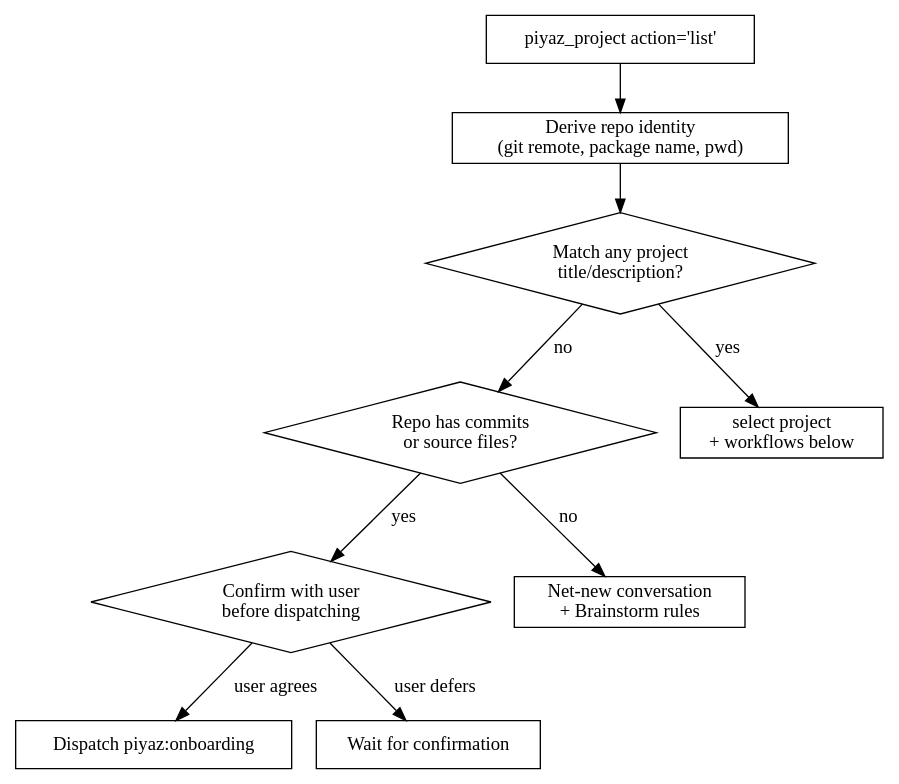
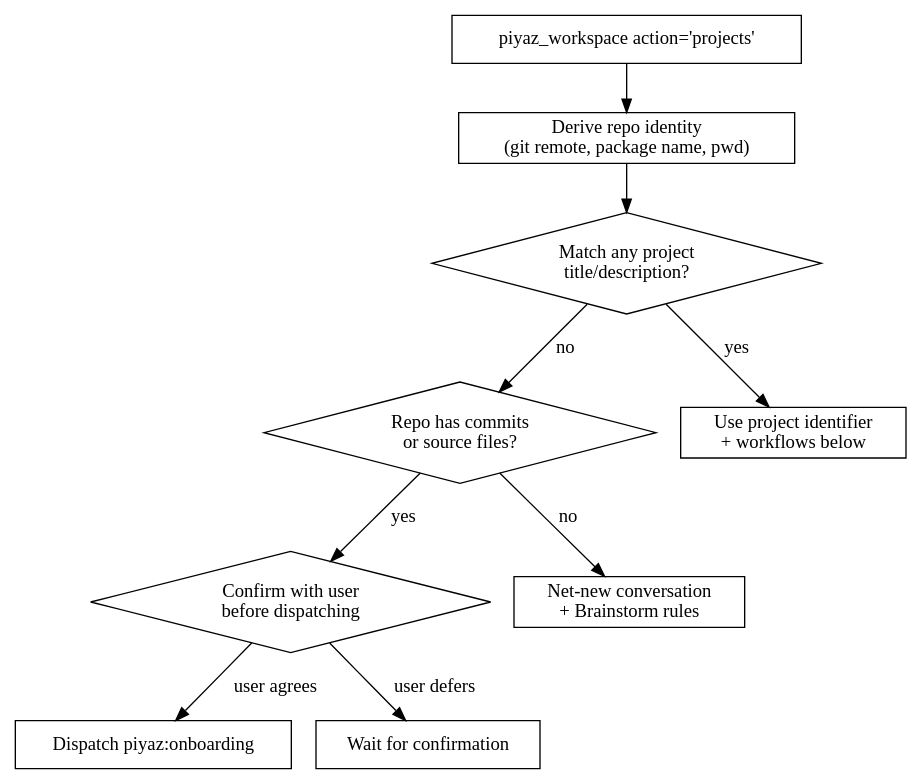
Before and after one commit to FrkAk/piyaz: the diagram in plugins/claude-code/skills/piyaz/SKILL.md, drawn with Graphviz. The commit also changed other lines of this file and 157 other files, not shown here.

````diff
--- a/plugins/claude-code/skills/piyaz/SKILL.md
+++ b/plugins/claude-code/skills/piyaz/SKILL.md
@@ -108,22 +137,22 @@
 ```dot
 digraph detection {
-    "piyaz_project action='list'" [shape=box];
+    "piyaz_workspace action='projects'" [shape=box];
     "Derive repo identity\n(git remote, package name, pwd)" [shape=box];
     "Match any project\ntitle/description?" [shape=diamond];
     "Repo has commits\nor source files?" [shape=diamond];
     "Confirm with user\nbefore dispatching" [shape=diamond];
-    "select project\n+ workflows below" [shape=box];
+    "Use project identifier\n+ workflows below" [shape=box];
     "Dispatch piyaz:onboarding" [shape=box];
     "Net-new conversation\n+ Brainstorm rules" [shape=box];
     "Wait for confirmation" [shape=box];
 
-    "piyaz_project action='list'" -> "Derive repo identity\n(git remote, package name, pwd)";
+    "piyaz_workspace action='projects'" -> "Derive repo identity\n(git remote, package name, pwd)";
     "Derive repo identity\n(git remote, package name, pwd)" -> "Match any project\ntitle/description?";
-    "Match any project\ntitle/description?" -> "select project\n+ workflows below" [label="yes"];
+    "Match any project\ntitle/description?" -> "Use project identifier\n+ workflows below" [label="yes"];
     "Match any project\ntitle/description?" -> "Repo has commits\nor source files?" [label="no"];
     "Repo has commits\nor source files?" -> "Confirm with user\nbefore dispatching" [label="yes"];
     "Repo has commits\nor source files?" -> "Net-new conversation\n+ Brainstorm rules" [label="no"];
     "Confirm with user\nbefore dispatching" -> "Dispatch piyaz:onboarding" [label="user agrees"];
     "Confirm with user\nbefore dispatching" -> "Wait for confirmation" [label="user defers"];
 }
 ```
````
